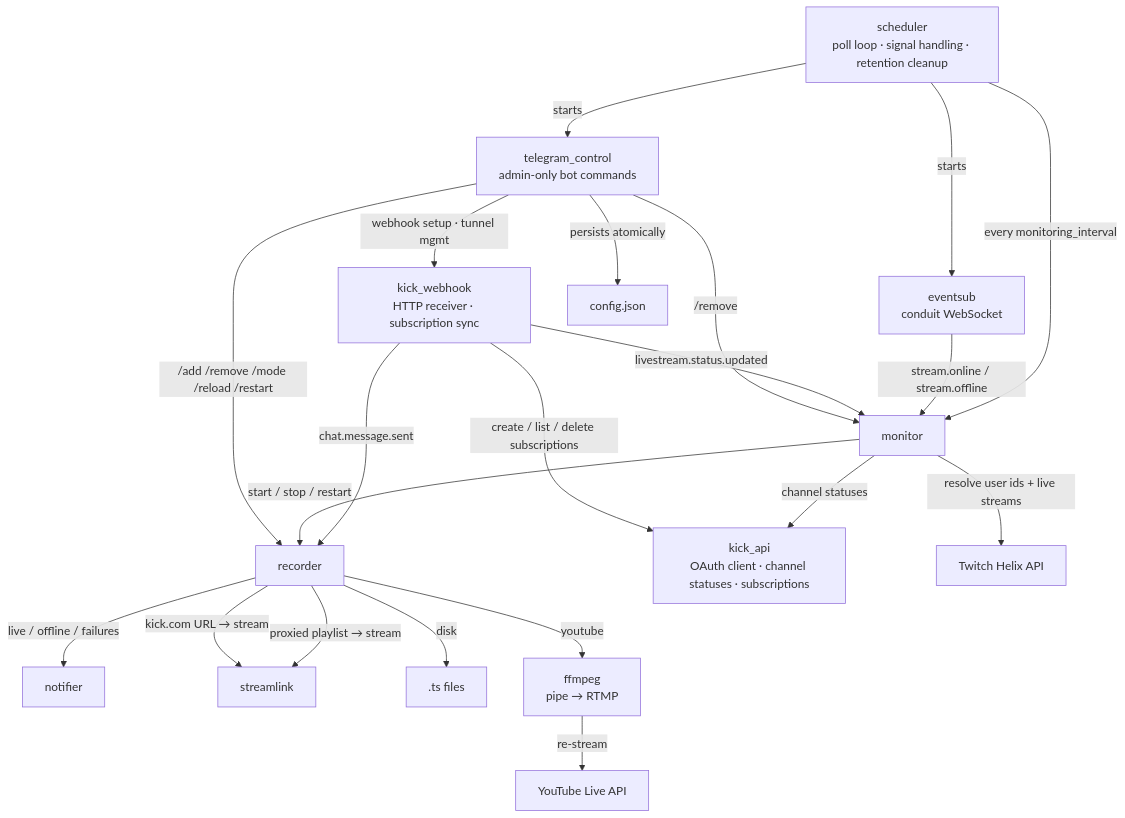
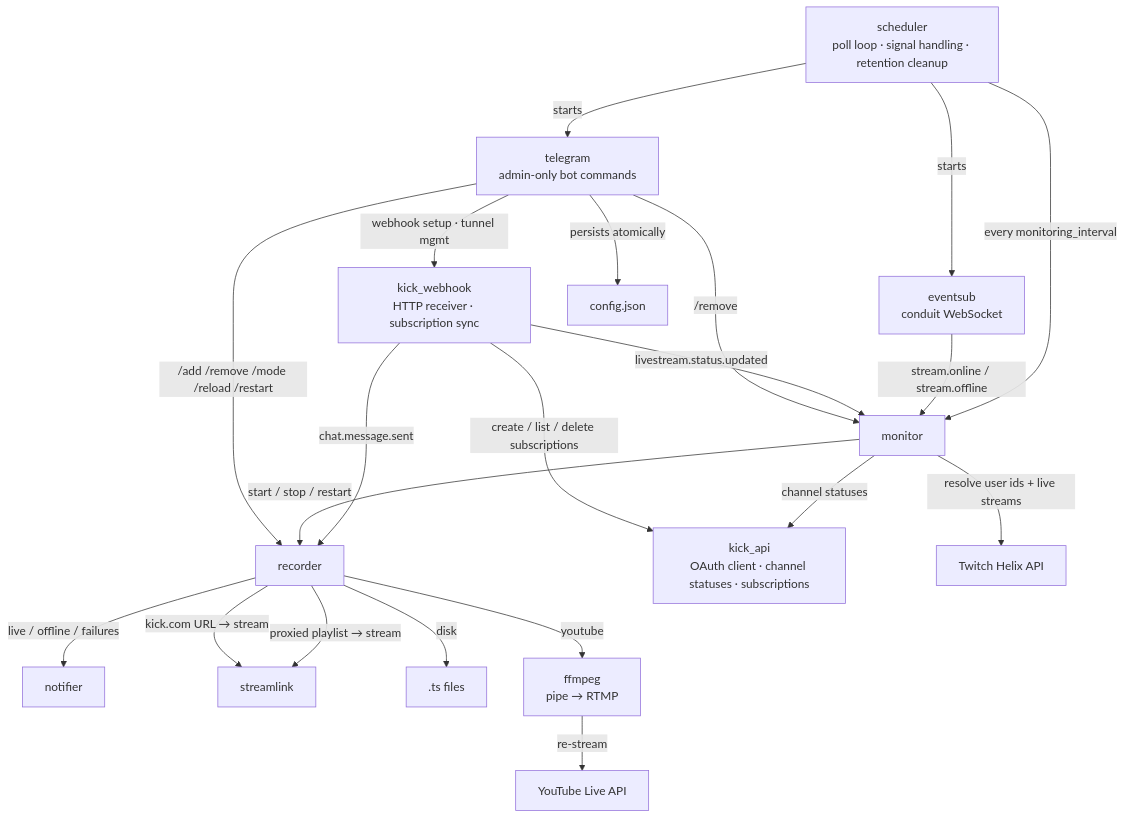
Before and after one commit to giou/stream-archive: the diagram in README.md, drawn with Mermaid. The commit also changed other lines of this file and 49 other files, not shown here.

````diff
--- a/README.md
+++ b/README.md
@@ -89,32 +89,32 @@
 ```mermaid
 flowchart TD
     Scheduler["scheduler<br/>poll loop · signal handling · retention cleanup"]
     Monitor["monitor"]
     Recorder["recorder"]
     Notifier["notifier"]
-    Telegram["telegram_control<br/>admin-only bot commands"]
+    Telegram["telegram<br/>admin-only bot commands"]
     EventSub["eventsub<br/>conduit WebSocket"]
     KickWebhook["kick_webhook<br/>HTTP receiver · subscription sync"]
     KickAPI["kick_api<br/>OAuth client · channel statuses · subscriptions"]
 
     Scheduler -->|"every monitoring_interval"| Monitor
     Scheduler -->|starts| EventSub
     EventSub -->|"stream.online / stream.offline"| Monitor
     KickWebhook -->|"livestream.status.updated"| Monitor
     KickWebhook -->|"chat.message.sent"| Recorder
     Monitor -->|"resolve user ids + live streams"| Twitch["Twitch Helix API"]
     Monitor -->|"channel statuses"| KickAPI
     KickWebhook -->|"create / list / delete subscriptions"| KickAPI
     Monitor -->|"start / stop / restart"| Recorder
     Recorder -->|"proxied playlist → stream"| Streamlink["streamlink"]
     Recorder -->|"kick.com URL → stream"| Streamlink
     Recorder -->|disk| Disk[".ts files"]
     Recorder -->|youtube| Ffmpeg["ffmpeg<br/>pipe → RTMP"]
     Ffmpeg -->|"re-stream"| YouTube["YouTube Live API"]
     Recorder -->|"live / offline / failures"| Notifier
     Scheduler -->|starts| Telegram
     Telegram -->|"persists atomically"| Config["config.json"]
     Telegram -->|"/add /remove /mode /reload /restart"| Recorder
     Telegram -->|"/remove"| Monitor
     Telegram -->|"webhook setup · tunnel mgmt"| KickWebhook
 ```
````
